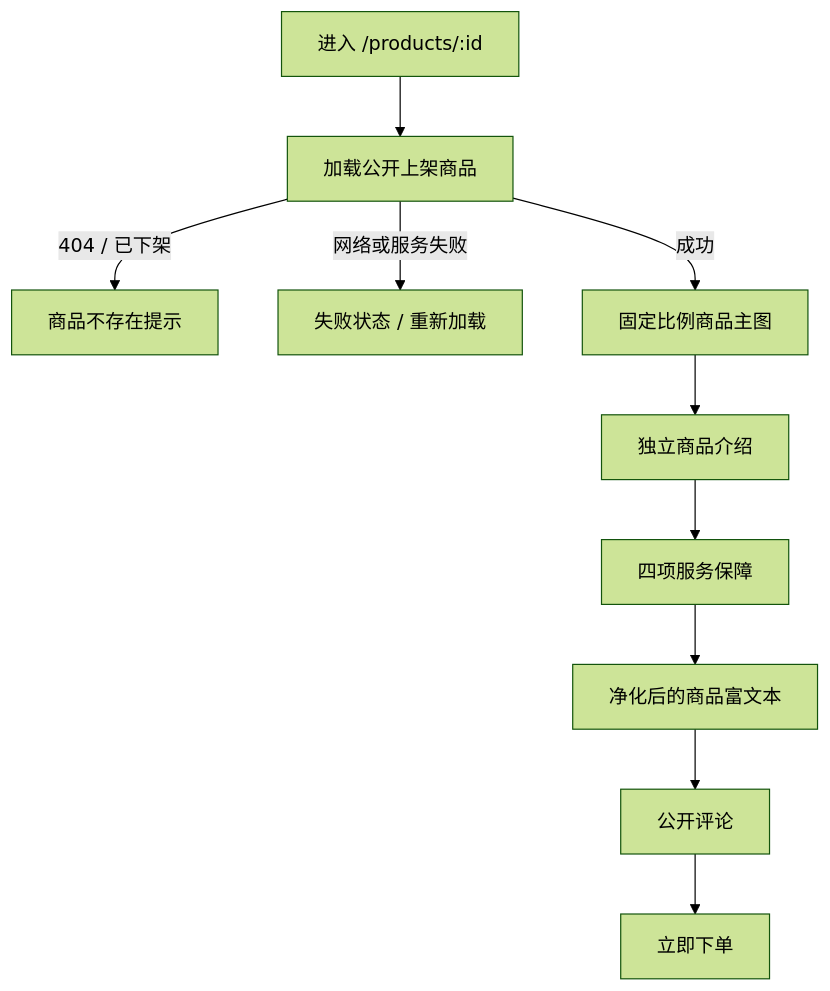
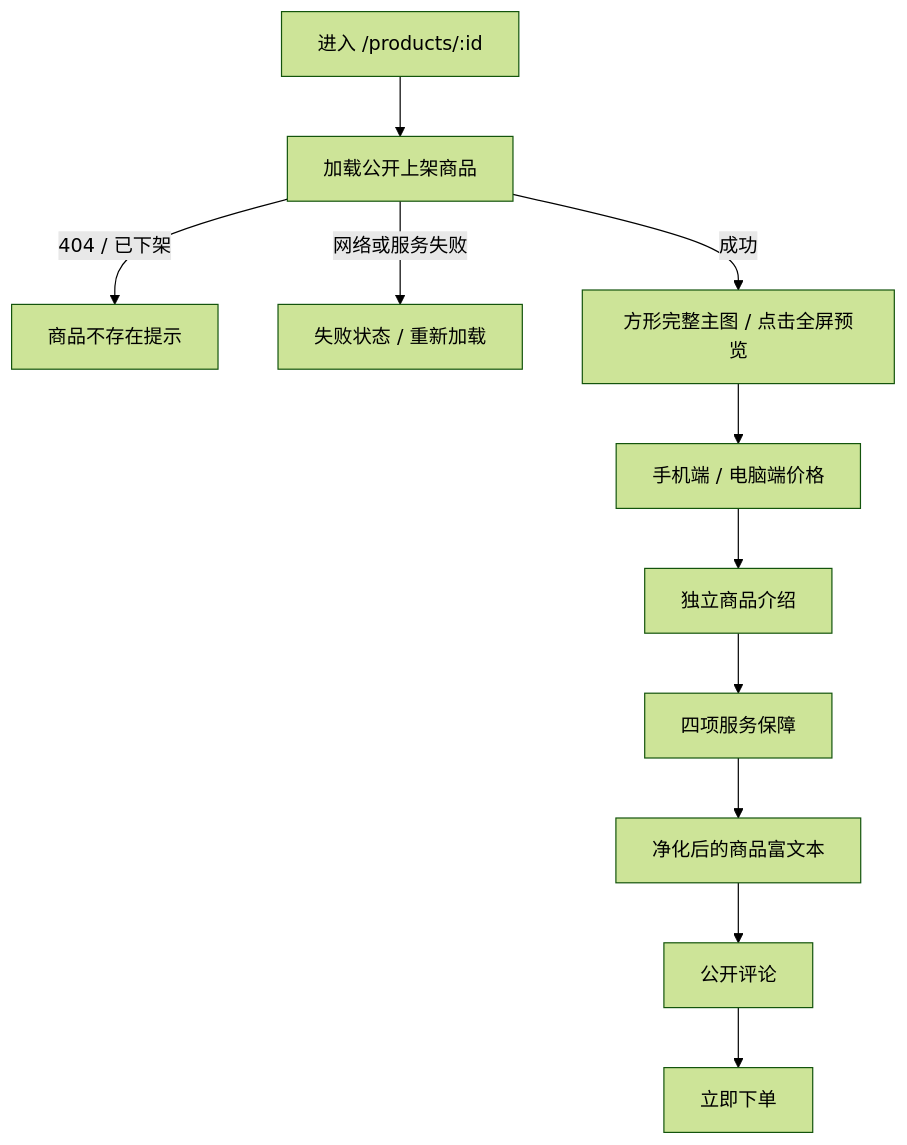
One commit to yiting001/E-sports-01 changed the second of 5 diagrams in docs/client.md. Above: the diagram before and after it, drawn with Mermaid (forest theme). The commit also changed other lines of this file and 65 other files, not shown here.

````diff
--- a/docs/client.md
+++ b/docs/client.md
@@ -139,12 +145,13 @@
 ```mermaid
 flowchart TD
   Enter["进入 /products/:id"] --> Load["加载公开上架商品"]
   Load -->|404 / 已下架| Missing["商品不存在提示"]
   Load -->|网络或服务失败| Retry["失败状态 / 重新加载"]
-  Load -->|成功| Cover["固定比例商品主图"]
-  Cover --> Intro["独立商品介绍"]
+  Load -->|成功| Cover["方形完整主图 / 点击全屏预览"]
+  Cover --> Prices["手机端 / 电脑端价格"]
+  Prices --> Intro["独立商品介绍"]
   Intro --> Assurance["四项服务保障"]
   Assurance --> Rich["净化后的商品富文本"]
   Rich --> Review["公开评论"]
   Review --> Checkout["立即下单"]
 ```
````
